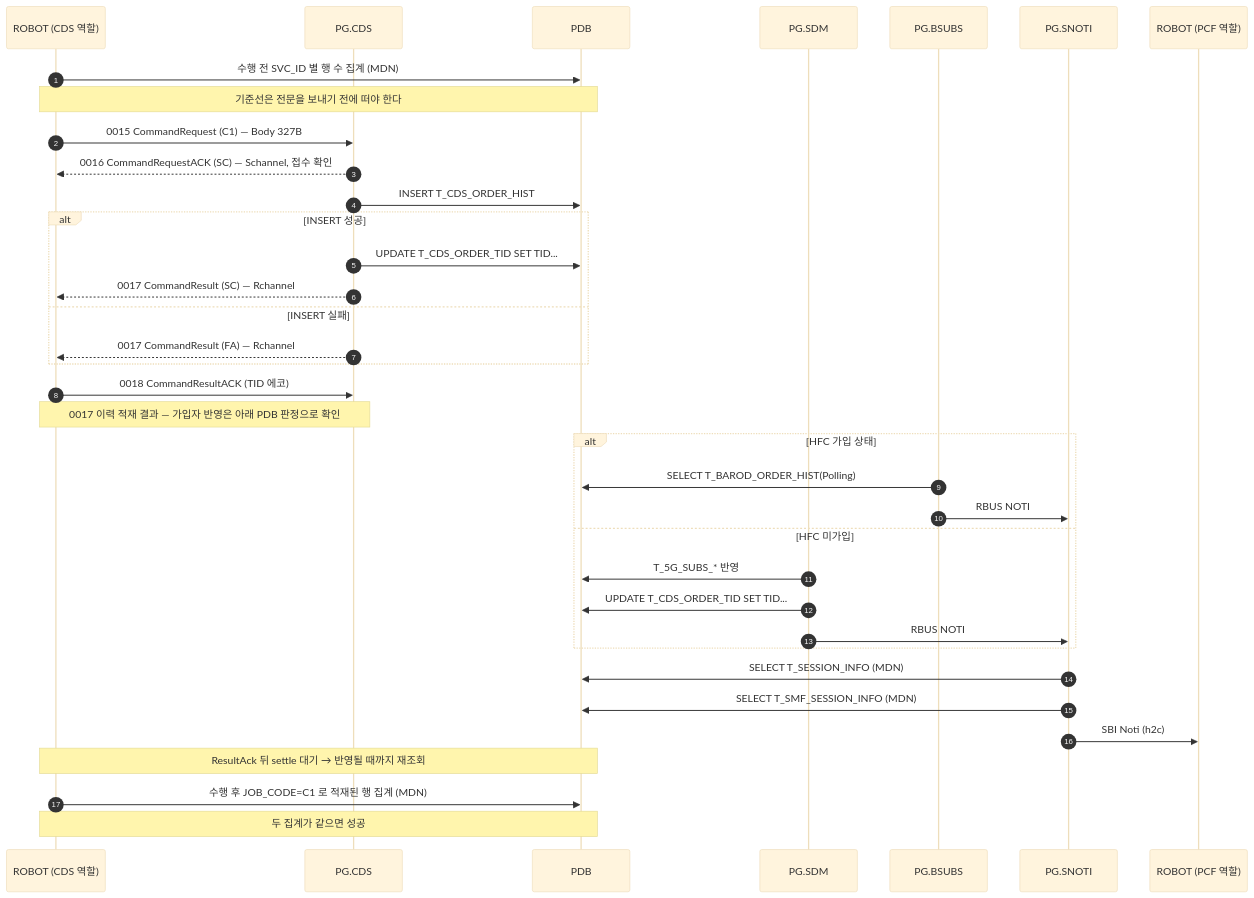
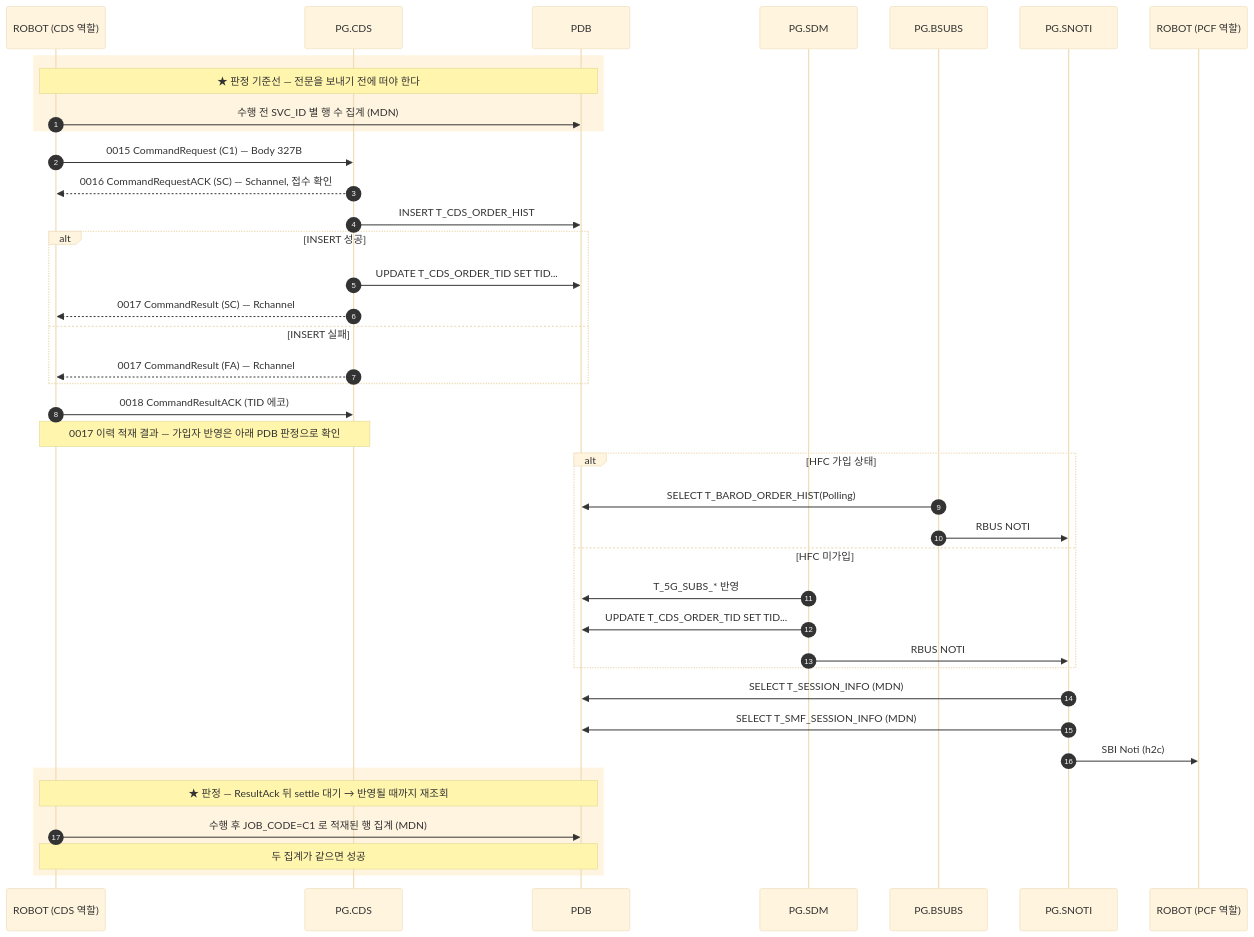
The diagram in docs/callflow/CDS_C1.md (IanKim2030/tc4robot), drawn with Mermaid (base theme) before and after one commit. The commit also changed 19 other files, not shown here.

````diff
--- a/docs/callflow/CDS_C1.md
+++ b/docs/callflow/CDS_C1.md
@@ -17,40 +17,44 @@
 ```mermaid
 sequenceDiagram
     autonumber
     participant TOOL as ROBOT (CDS 역할)
     participant PCDS as PG.CDS
     participant PDB as PDB
     participant SDM as PG.SDM
     participant BSUBS as PG.BSUBS
     participant SNOTI as PG.SNOTI
     participant PCF as ROBOT (PCF 역할)
 
-    TOOL->>PDB: 수행 전 SVC_ID 별 행 수 집계 (MDN)
-    Note over TOOL,PDB: 기준선은 전문을 보내기 전에 떠야 한다
+    rect rgba(255, 176, 32, 0.14)
+    Note over TOOL,PDB: ★ 판정 기준선 — 전문을 보내기 전에 떠야 한다
+        TOOL->>PDB: 수행 전 SVC_ID 별 행 수 집계 (MDN)
+    end
     TOOL->>PCDS: 0015 CommandRequest (C1) — Body 327B
     PCDS-->>TOOL: 0016 CommandRequestACK (SC) — Schannel, 접수 확인
     PCDS->>PDB: INSERT T_CDS_ORDER_HIST
     alt INSERT 성공
         PCDS->>PDB: UPDATE T_CDS_ORDER_TID SET TID...
         PCDS-->>TOOL: 0017 CommandResult (SC) — Rchannel
     else INSERT 실패
         PCDS-->>TOOL: 0017 CommandResult (FA) — Rchannel
     end
     TOOL->>PCDS: 0018 CommandResultACK (TID 에코)
     Note over TOOL,PCDS: 0017 이력 적재 결과 — 가입자 반영은 아래 PDB 판정으로 확인
 
     alt HFC 가입 상태
         BSUBS->>PDB: SELECT T_BAROD_ORDER_HIST(Polling)
         BSUBS->>SNOTI: RBUS NOTI
     else HFC 미가입
         SDM->>PDB: T_5G_SUBS_* 반영
         SDM->>PDB: UPDATE T_CDS_ORDER_TID SET TID...
         SDM->>SNOTI: RBUS NOTI
     end
     SNOTI->>PDB: SELECT T_SESSION_INFO (MDN)
     SNOTI->>PDB: SELECT T_SMF_SESSION_INFO (MDN)
     SNOTI->>PCF: SBI Noti (h2c)
-    Note over TOOL,PDB: ResultAck 뒤 settle 대기 → 반영될 때까지 재조회
-    TOOL->>PDB: 수행 후 JOB_CODE=C1 로 적재된 행 집계 (MDN)
-    Note over TOOL,PDB: 두 집계가 같으면 성공
+    rect rgba(255, 176, 32, 0.14)
+    Note over TOOL,PDB: ★ 판정 — ResultAck 뒤 settle 대기 → 반영될 때까지 재조회
+        TOOL->>PDB: 수행 후 JOB_CODE=C1 로 적재된 행 집계 (MDN)
+        Note over TOOL,PDB: 두 집계가 같으면 성공
+    end
 ```
````
